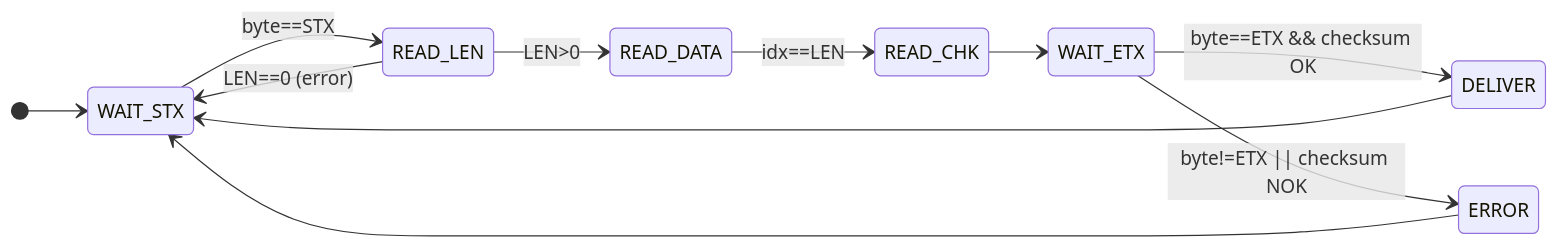
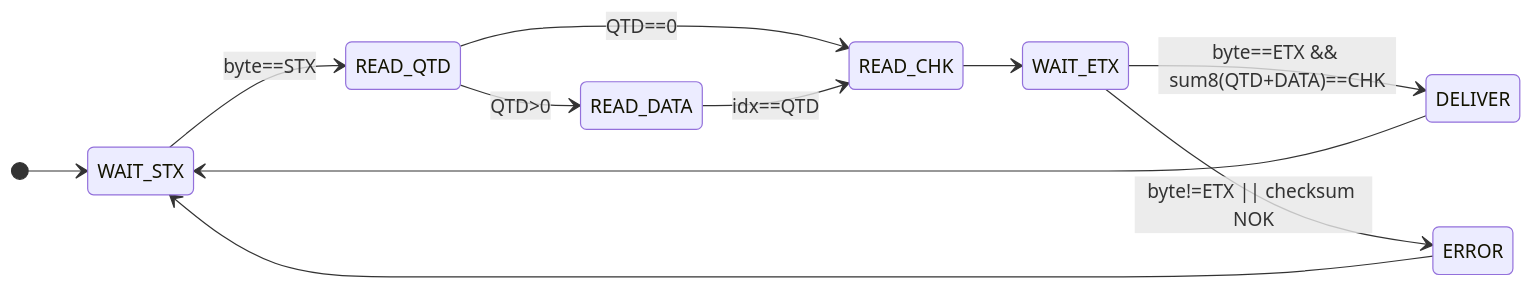
One commit to angelolovatto/ufsm00292-pse changed the diagram in FSM_Switch2/FSM_RX.mmd. Above: the diagram before and after it, drawn with Mermaid. The commit also changed 9 other files, not shown here.

```diff
--- a/FSM_Switch2/FSM_RX.mmd
+++ b/FSM_Switch2/FSM_RX.mmd
@@ -1,12 +1,18 @@
 stateDiagram-v2
     direction LR
+
     [*] --> WAIT_STX
-    WAIT_STX --> READ_LEN: byte==STX
-    READ_LEN --> WAIT_STX: LEN==0 (error)
-    READ_LEN --> READ_DATA: LEN>0
-    READ_DATA --> READ_CHK: idx==LEN
+    WAIT_STX --> READ_QTD: byte==STX
+
+    READ_QTD --> READ_DATA: QTD>0
+    READ_QTD --> READ_CHK:  QTD==0
+    %% se o prof exigir QTD>=1, troque a linha acima por:
+    %% READ_QTD --> ERROR: QTD==0
+
+    READ_DATA --> READ_CHK: idx==QTD
     READ_CHK --> WAIT_ETX
-    WAIT_ETX --> DELIVER: byte==ETX && checksum OK
-    WAIT_ETX --> ERROR: byte!=ETX || checksum NOK
-    ERROR --> WAIT_STX
+    WAIT_ETX --> DELIVER: byte==ETX && sum8(QTD+DATA)==CHK
+    WAIT_ETX --> ERROR:   byte!=ETX || checksum NOK
+
     DELIVER --> WAIT_STX
+    ERROR   --> WAIT_STX
```
